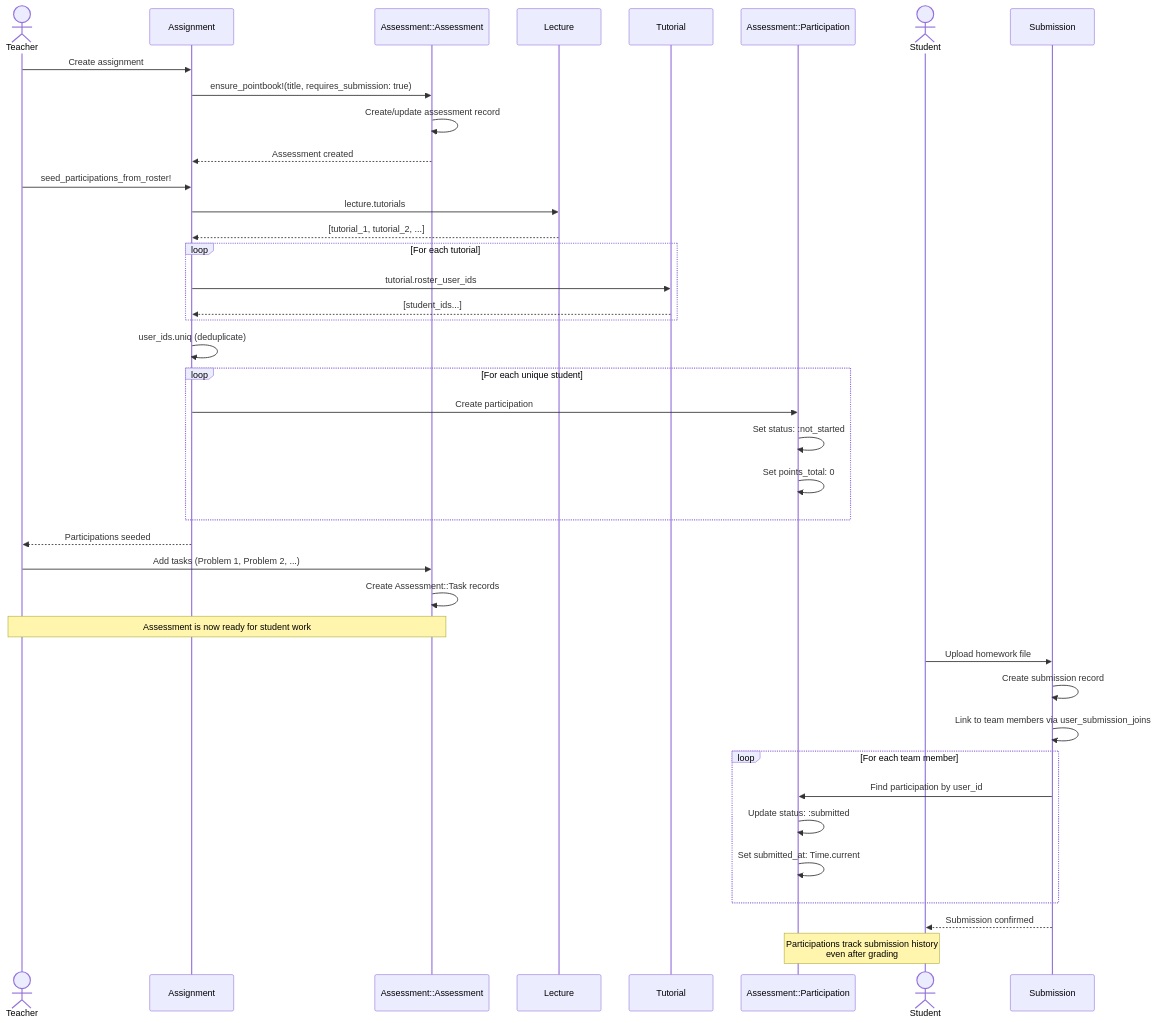
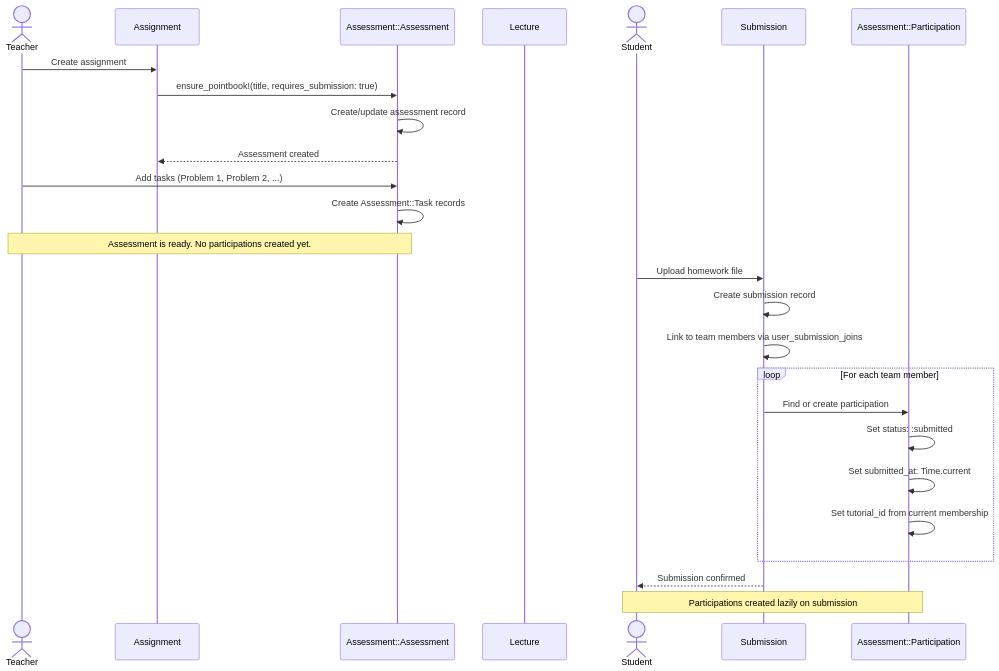
The second of 4 diagrams in architecture/src/features/04-assessments-and-grading.md (MaMpf-HD/mampf), drawn with Mermaid before and after one commit. The commit also changed other lines of this file and 5 other files, not shown here.

First line of the commit message:
Remove not_started status from participations

````diff
--- a/architecture/src/features/04-assessments-and-grading.md
+++ b/architecture/src/features/04-assessments-and-grading.md
@@ -1185,54 +1184,35 @@
 ```mermaid
 sequenceDiagram
     actor Teacher
     participant A as Assignment
     participant Assess as Assessment::Assessment
     participant L as Lecture
-    participant Tut as Tutorial
-    participant Part as Assessment::Participation
     actor Student
     participant Sub as Submission
+    participant Part as Assessment::Participation
 
     Teacher->>A: Create assignment
     A->>Assess: ensure_pointbook!(title, requires_submission: true)
     Assess->>Assess: Create/update assessment record
     Assess-->>A: Assessment created
 
-    Teacher->>A: seed_participations_from_roster!
-    A->>L: lecture.tutorials
-    L-->>A: [tutorial_1, tutorial_2, ...]
-
-    loop For each tutorial
-        A->>Tut: tutorial.roster_user_ids
-        Tut-->>A: [student_ids...]
-    end
-
-    A->>A: user_ids.uniq (deduplicate)
-
-    loop For each unique student
-        A->>Part: Create participation
-        Part->>Part: Set status: :not_started
-        Part->>Part: Set points_total: 0
-    end
-
-    A-->>Teacher: Participations seeded
-
     Teacher->>Assess: Add tasks (Problem 1, Problem 2, ...)
     Assess->>Assess: Create Assessment::Task records
 
-    Note over Teacher,Assess: Assessment is now ready for student work
+    Note over Teacher,Assess: Assessment is ready. No participations created yet.
 
     Student->>Sub: Upload homework file
     Sub->>Sub: Create submission record
     Sub->>Sub: Link to team members via user_submission_joins
 
     loop For each team member
-        Sub->>Part: Find participation by user_id
-        Part->>Part: Update status: :submitted
+        Sub->>Part: Find or create participation
+        Part->>Part: Set status: :submitted
         Part->>Part: Set submitted_at: Time.current
+        Part->>Part: Set tutorial_id from current membership
     end
 
     Sub-->>Student: Submission confirmed
 
-    Note over Student,Part: Participations track submission history<br/>even after grading
+    Note over Student,Part: Participations created lazily on submission
 ```
````
